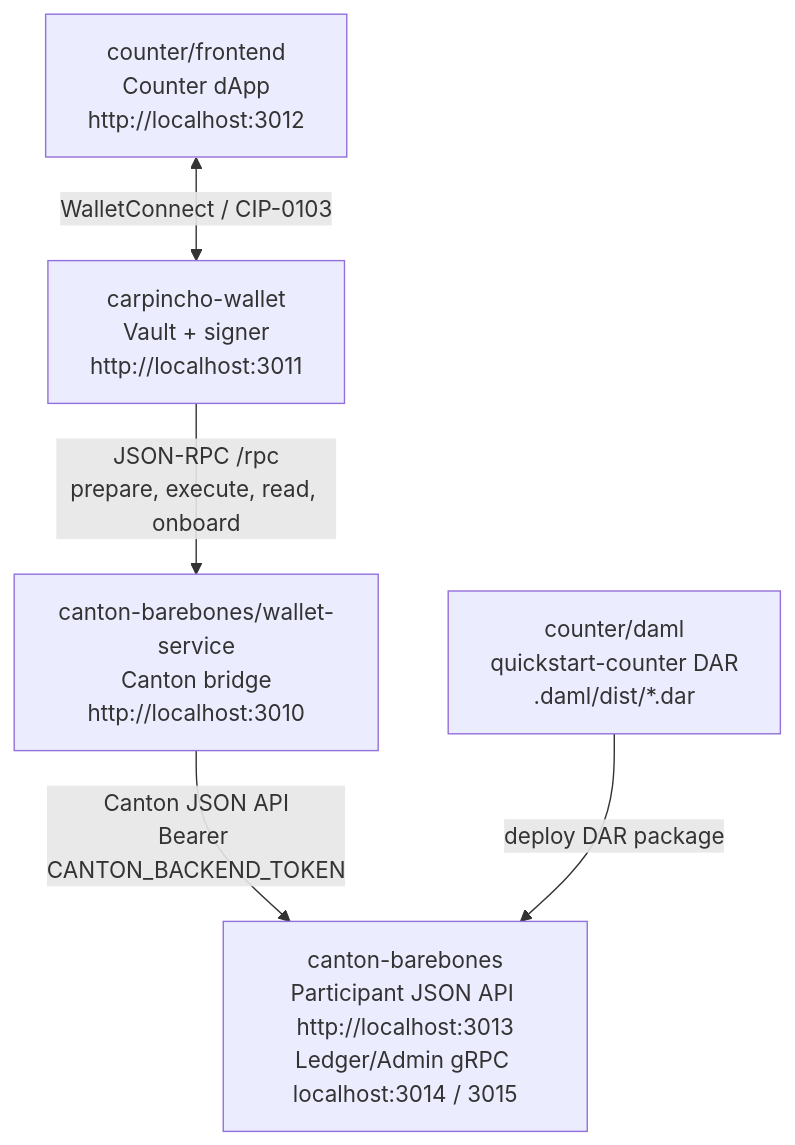
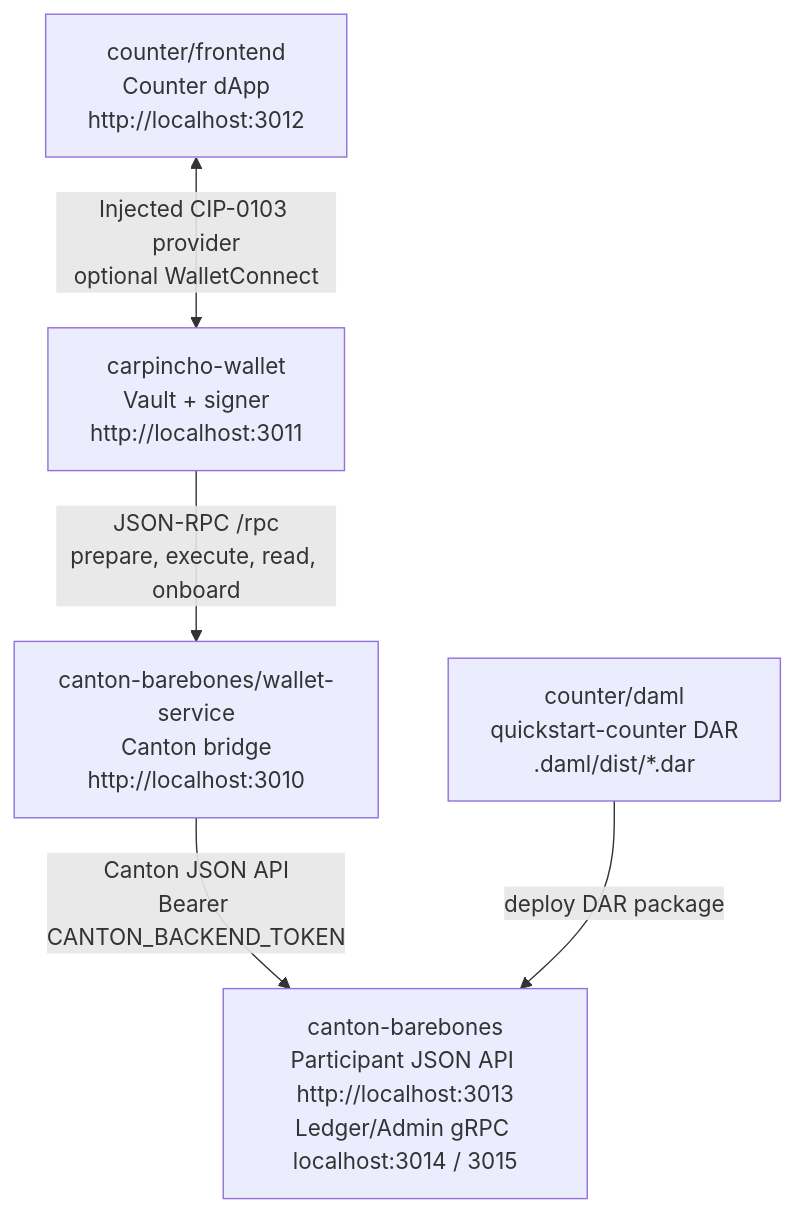
The diagram in README.md (BootNodeDev/cn-dappbooster), drawn with Mermaid before and after one commit. The commit also changed other lines of this file and 9 other files, not shown here.

````diff
--- a/README.md
+++ b/README.md
@@ -5,13 +5,13 @@
 ```mermaid
 flowchart TD
   fe["counter/frontend<br/>Counter dApp<br/>http://localhost:3012"]
   wallet["carpincho-wallet<br/>Vault + signer<br/>http://localhost:3011"]
   ws["canton-barebones/wallet-service<br/>Canton bridge<br/>http://localhost:3010"]
   cb["canton-barebones<br/>Participant JSON API http://localhost:3013<br/>Ledger/Admin gRPC localhost:3014 / 3015"]
   dar["counter/daml<br/>quickstart-counter DAR<br/>.daml/dist/*.dar"]
 
-  fe <-->|"WalletConnect / CIP-0103"| wallet
+  fe <-->|"Injected CIP-0103 provider<br/>optional WalletConnect"| wallet
   wallet -->|"JSON-RPC /rpc<br/>prepare, execute, read, onboard"| ws
   ws -->|"Canton JSON API<br/>Bearer CANTON_BACKEND_TOKEN"| cb
   dar -->|"deploy DAR package"| cb
 ```
````
